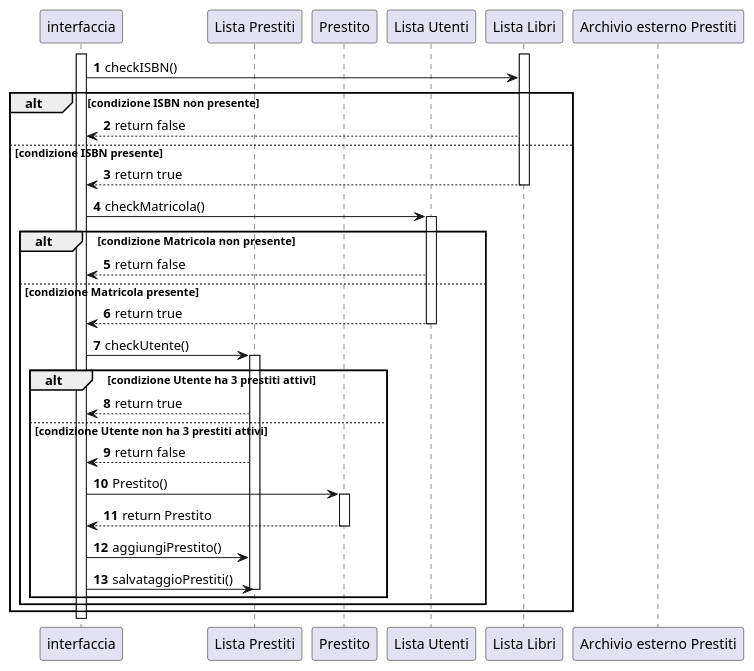
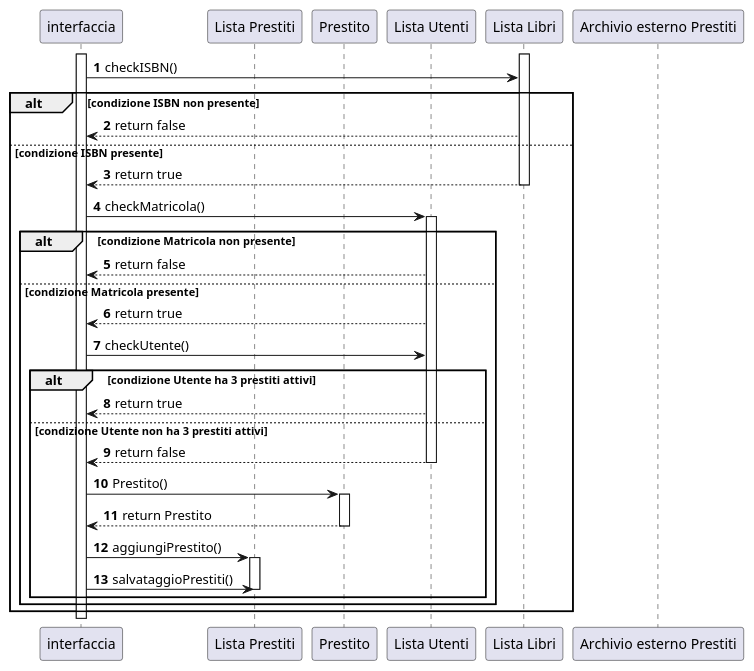
One commit to amalinconico6-cpu/Biblioteca_universitaria_10 changed the diagram in Progettazione/AllDiagramsCode/IndividualSequenceDiagramsCode/AggiungiPrestito.wsd. Above: the diagram before and after it, drawn with PlantUML.

Commit message:
Modifica Diagramma AggiungiPrestito

```diff
--- a/Progettazione/AllDiagramsCode/IndividualSequenceDiagramsCode/AggiungiPrestito.wsd
+++ b/Progettazione/AllDiagramsCode/IndividualSequenceDiagramsCode/AggiungiPrestito.wsd
@@ -1,43 +1,46 @@
 @startuml
 autonumber
 
 participant "interfaccia" as g
 participant "Lista Prestiti" as archiviop
 participant "Prestito" as p
 participant "Lista Utenti" as archiviou
 participant "Lista Libri" as archiviol
 participant "Archivio esterno Prestiti" as archivioe
 activate g
 activate archiviol
 g->archiviol:checkISBN()
 alt condizione ISBN non presente
     archiviol-->g:return false
 else condizione ISBN presente
     archiviol-->g:return true
     deactivate archiviol
     g->archiviou:checkMatricola()
     activate archiviou
     alt condizione Matricola non presente
         archiviou-->g:return false
     else condizione Matricola presente
         archiviou-->g:return true
-        deactivate archiviou
-        g->archiviop:checkUtente()
-        activate archiviop
+        
+        g->archiviou:checkUtente()
+     
         alt condizione Utente ha 3 prestiti attivi
-            archiviop-->g:return true
+            archiviou-->g:return true
         else condizione Utente non ha 3 prestiti attivi
-            archiviop-->g:return false
+            archiviou-->g:return false
+            deactivate archiviou
             g->p:Prestito()
             activate p
             p-->g:return Prestito
             deactivate p
             g->archiviop:aggiungiPrestito()
+            activate archiviop
            
             g->archiviop:salvataggioPrestiti()
+            
             deactivate archiviop
         end
     end
 end
 deactivate g
 @enduml
```
